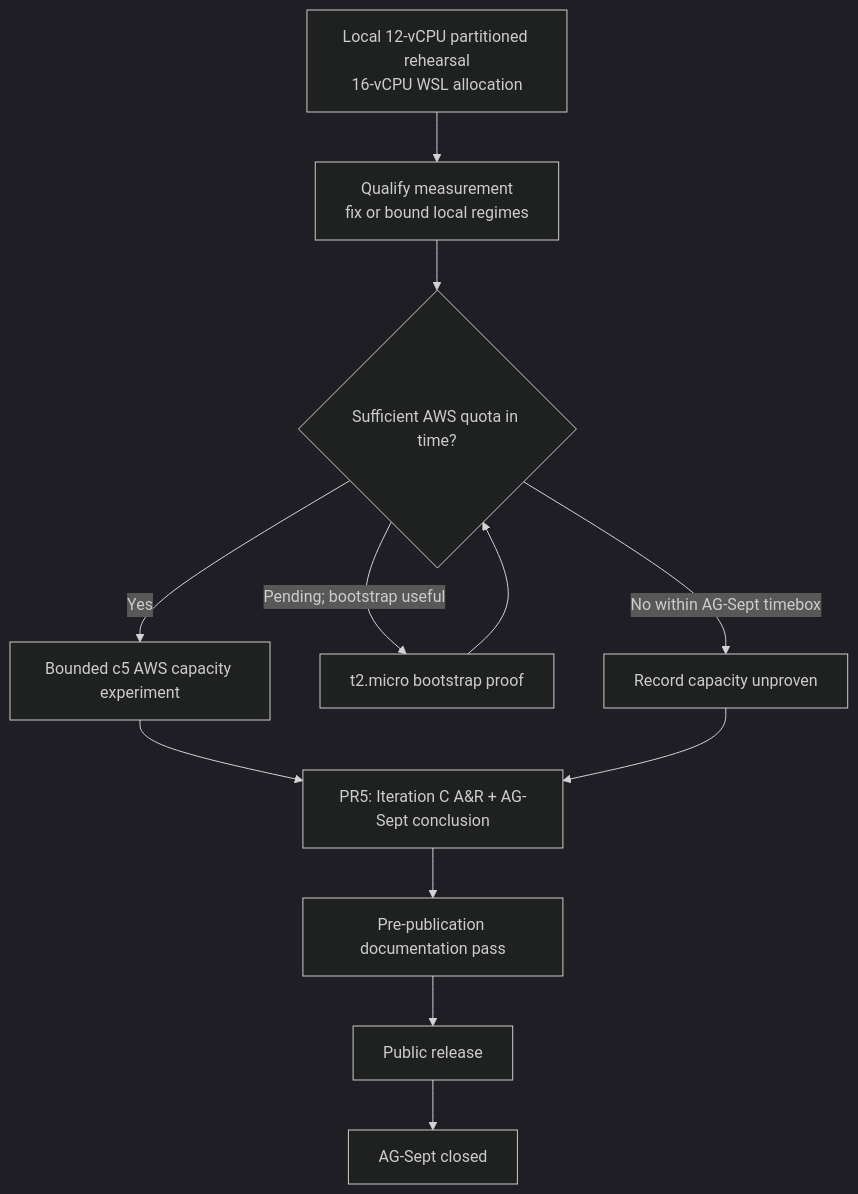
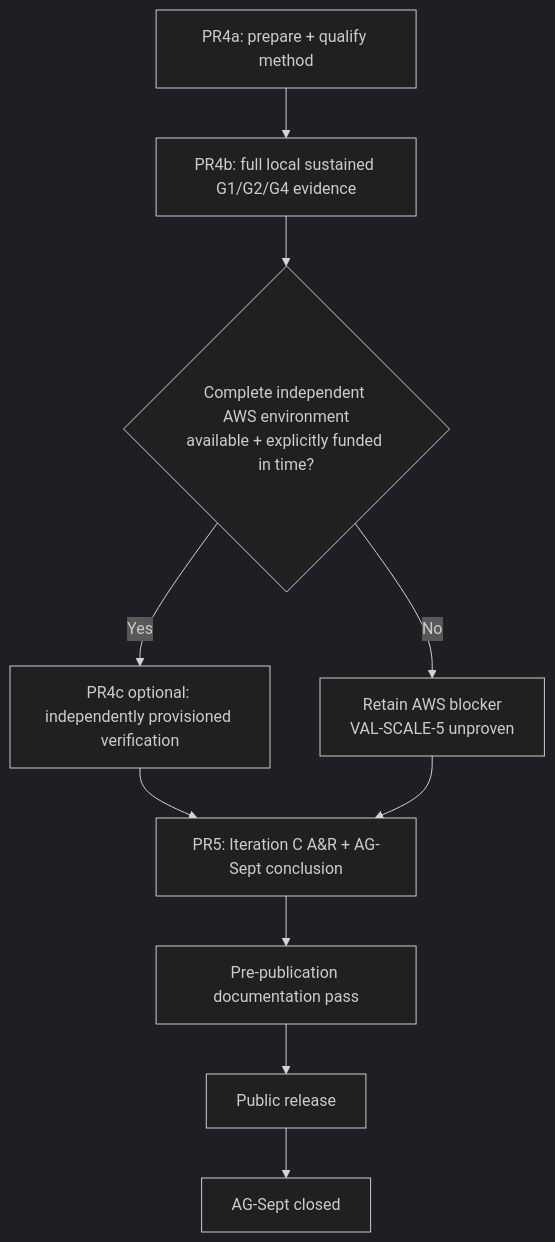
Before and after one commit to nancysworld/alloca-go: the diagram in docs/planning/ag-sept-plan.md, drawn with Mermaid (dark theme). The commit also changed other lines of this file, not shown here.

Commit message:
docs: recut PR4 around local evidence

````diff
--- a/docs/planning/ag-sept-plan.md
+++ b/docs/planning/ag-sept-plan.md
@@ -403,14 +437,12 @@
 ```mermaid
 flowchart TD
-    A[Local 12-vCPU partitioned rehearsal<br/>16-vCPU WSL allocation] --> B[Qualify measurement<br/>fix or bound local regimes]
-    B --> C{Sufficient AWS quota in time?}
-    C -->|Yes| D[Bounded c5 AWS capacity experiment]
-    C -->|Pending; bootstrap useful| E[t2.micro bootstrap proof]
-    E --> C
-    C -->|No within AG-Sept timebox| F[Record capacity unproven]
-    D --> G[PR5: Iteration C A&R + AG-Sept conclusion]
-    F --> G
-    G --> H[Pre-publication documentation pass]
-    H --> I[Public release]
-    I --> J[AG-Sept closed]
+    A[PR4a: prepare + qualify method] --> B[PR4b: full local sustained G1/G2/G4 evidence]
+    B --> C{Complete independent AWS environment<br/>available + explicitly funded in time?}
+    C -->|Yes| D[PR4c optional: independently provisioned verification]
+    C -->|No| E[Retain AWS blocker<br/>VAL-SCALE-5 unproven]
+    D --> F[PR5: Iteration C A&R + AG-Sept conclusion]
+    E --> F
+    F --> G[Pre-publication documentation pass]
+    G --> H[Public release]
+    H --> I[AG-Sept closed]
 ```
````
